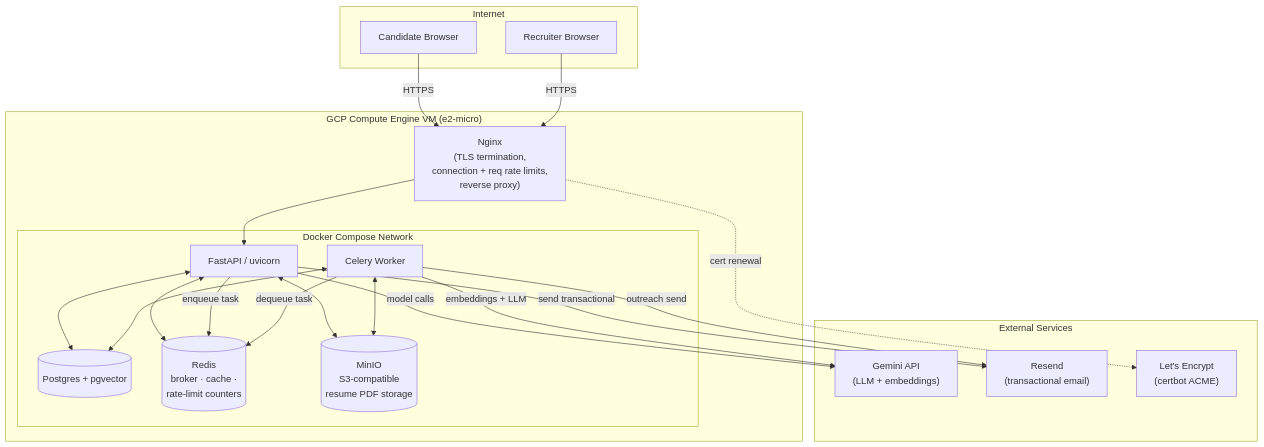
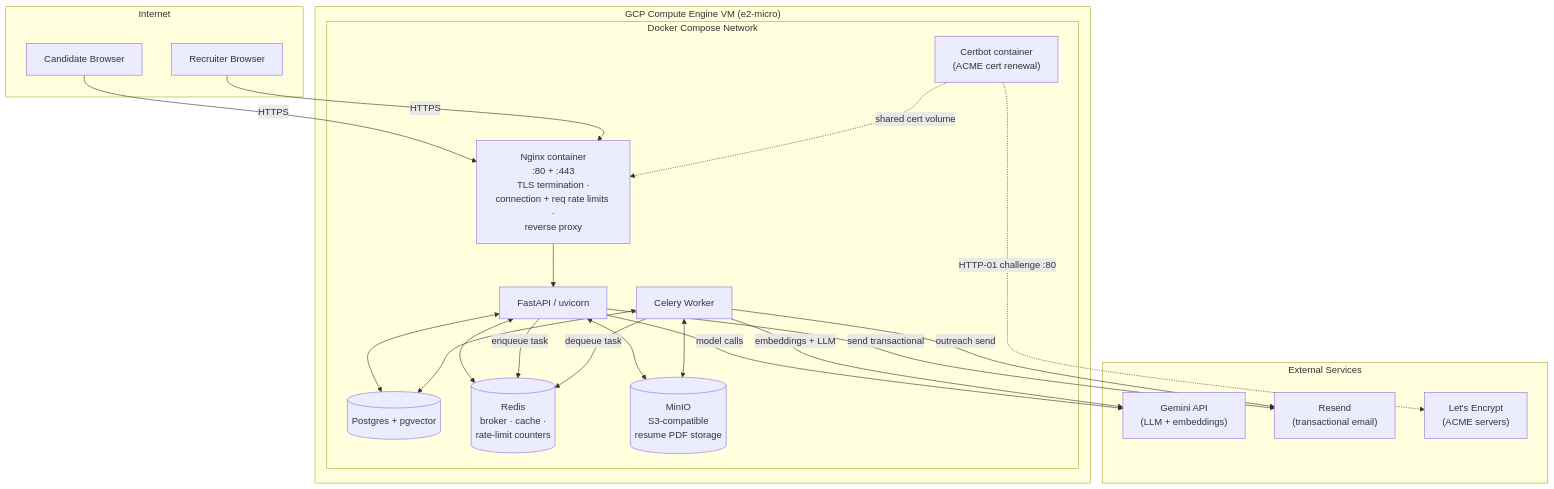
One commit to Ajitsharmas/SmartATS changed the diagram in README.md. Above: the diagram before and after it, drawn with Mermaid. The commit also changed 1 other file, not shown here.

Commit message:
Architecture diagram rectified

````diff
--- a/README.md
+++ b/README.md
@@ -9,41 +9,42 @@
 ```mermaid
 flowchart TB
     subgraph internet["Internet"]
         Candidate["Candidate Browser"]
         Recruiter["Recruiter Browser"]
     end
 
     subgraph vm["GCP Compute Engine VM (e2-micro)"]
-        Nginx["Nginx<br/>(TLS termination,<br/>connection + req rate limits,<br/>reverse proxy)"]
-
         subgraph compose["Docker Compose Network"]
+            Nginx["Nginx container<br/>:80 + :443<br/>TLS termination ·<br/>connection + req rate limits ·<br/>reverse proxy"]
+            Certbot["Certbot container<br/>(ACME cert renewal)"]
             API["FastAPI / uvicorn"]
             Worker["Celery Worker"]
             DB[("Postgres + pgvector")]
             Redis[("Redis<br/>broker · cache ·<br/>rate-limit counters")]
             Storage[("MinIO<br/>S3-compatible<br/>resume PDF storage")]
         end
     end
 
     subgraph external["External Services"]
         Gemini["Gemini API<br/>(LLM + embeddings)"]
         Resend["Resend<br/>(transactional email)"]
-        LE["Let's Encrypt<br/>(certbot ACME)"]
+        LE["Let's Encrypt<br/>(ACME servers)"]
     end
 
     Candidate -->|HTTPS| Nginx
     Recruiter -->|HTTPS| Nginx
     Nginx --> API
     API <--> DB
     API <--> Redis
     API <--> Storage
     API -->|model calls| Gemini
     API -->|send transactional| Resend
     API -->|enqueue task| Redis
     Worker -->|dequeue task| Redis
     Worker <--> DB
     Worker <--> Storage
     Worker -->|embeddings + LLM| Gemini
     Worker -->|outreach send| Resend
-    Nginx -.->|cert renewal| LE
+    Certbot -.->|HTTP-01 challenge :80| LE
+    Certbot -.->|shared cert volume| Nginx
 ```
````
